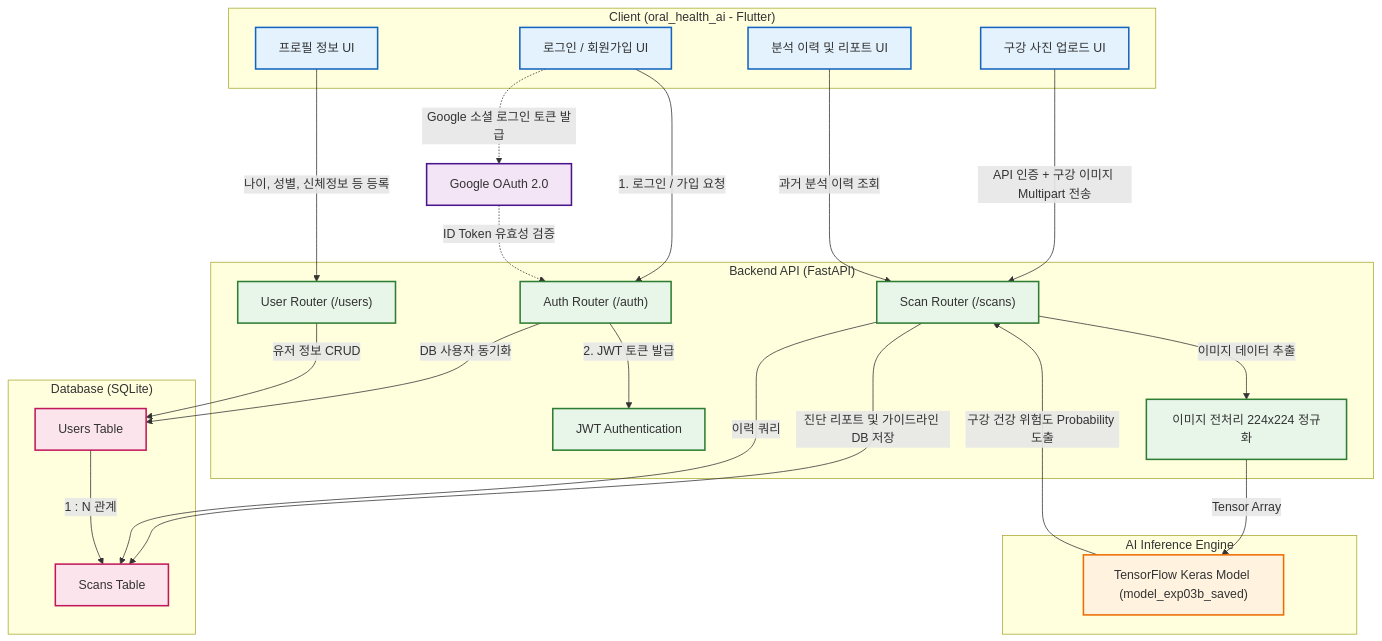
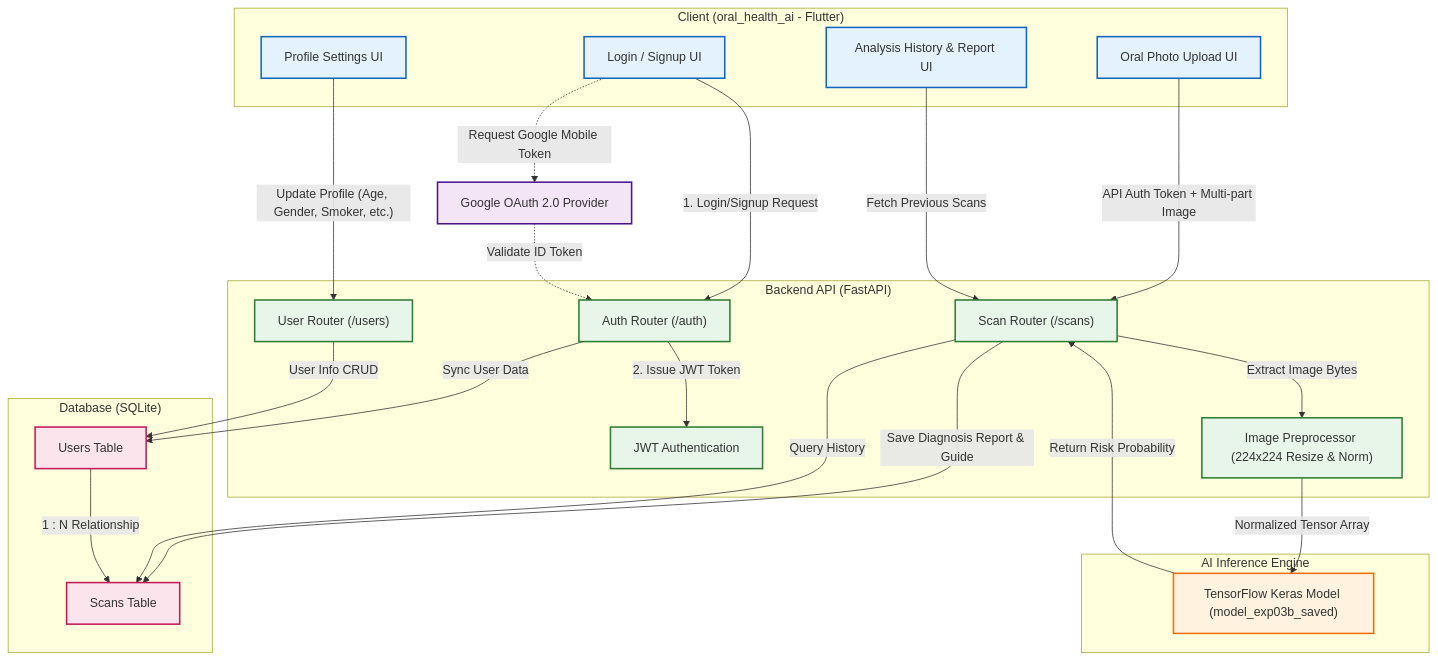
Before and after one commit to sbae56-art/likelion: the diagram in README.md, drawn with Mermaid. The commit also changed other lines of this file, not shown here.

Commit message:
Translate README content from Korean to English

````diff
--- a/README.md
+++ b/README.md
@@ -21,62 +21,62 @@
 ```mermaid
 graph TD
     classDef frontend fill:#E3F2FD,stroke:#1565C0,stroke-width:2px;
     classDef backend fill:#E8F5E9,stroke:#2E7D32,stroke-width:2px;
     classDef ai fill:#FFF3E0,stroke:#EF6C00,stroke-width:2px;
     classDef db fill:#FCE4EC,stroke:#C2185B,stroke-width:2px;
     classDef auth fill:#F3E5F5,stroke:#4A148C,stroke-width:2px;
 
     %% Client Side
     subgraph Client ["Client (oral_health_ai - Flutter)"]
-        UI_Auth["로그인 / 회원가입 UI"]:::frontend
-        UI_Profile["프로필 정보 UI"]:::frontend
-        UI_Scan["구강 사진 업로드 UI"]:::frontend
-        UI_History["분석 이력 및 리포트 UI"]:::frontend
+        UI_Auth["Login / Signup UI"]:::frontend
+        UI_Profile["Profile Settings UI"]:::frontend
+        UI_Scan["Oral Photo Upload UI"]:::frontend
+        UI_History["Analysis History & Report UI"]:::frontend
     end
 
     %% External Auth
-    GoogleAuth["Google OAuth 2.0"]:::auth
+    GoogleAuth["Google OAuth 2.0 Provider"]:::auth
 
     %% Server Side
     subgraph Backend ["Backend API (FastAPI)"]
         Router_Auth["Auth Router (/auth)"]:::backend
         Router_User["User Router (/users)"]:::backend
         Router_Scan["Scan Router (/scans)"]:::backend
         
         JWT["JWT Authentication"]:::backend
-        Preprocess["이미지 전처리 224x224 정규화"]:::backend
+        Preprocess["Image Preprocessor (224x224 Resize & Norm)"]:::backend
     end
 
     %% TF Model
     subgraph AIModel ["AI Inference Engine"]
         TF["TensorFlow Keras Model (model_exp03b_saved)"]:::ai
     end
 
     %% Database
     subgraph DB_Layer ["Database (SQLite)"]
         T_Users["Users Table"]:::db
         T_Scans["Scans Table"]:::db
     end
 
     %% Connections - Auth
-    UI_Auth -->|"1. 로그인 / 가입 요청"| Router_Auth
-    UI_Auth -.->|"Google 소셜 로그인 토큰 발급"| GoogleAuth
-    GoogleAuth -.->|"ID Token 유효성 검증"| Router_Auth
-    Router_Auth -->|"2. JWT 토큰 발급"| JWT
-    Router_Auth -->|"DB 사용자 동기화"| T_Users
+    UI_Auth -->|"1. Login/Signup Request"| Router_Auth
+    UI_Auth -.->|"Request Google Mobile Token"| GoogleAuth
+    GoogleAuth -.->|"Validate ID Token"| Router_Auth
+    Router_Auth -->|"2. Issue JWT Token"| JWT
+    Router_Auth -->|"Sync User Data"| T_Users
     
     %% Connections - Application Flow
-    UI_Profile -->|"나이, 성별, 신체정보 등 등록"| Router_User
-    Router_User -->|"유저 정보 CRUD"| T_Users
+    UI_Profile -->|"Update Profile (Age, Gender, Smoker, etc.)"| Router_User
+    Router_User -->|"User Info CRUD"| T_Users
     
-    UI_Scan -->|"API 인증 + 구강 이미지 Multipart 전송"| Router_Scan
-    Router_Scan -->|"이미지 데이터 추출"| Preprocess
-    Preprocess -->|"Tensor Array"| TF
-    TF -->|"구강 건강 위험도 Probability 도출"| Router_Scan
-    Router_Scan -->|"진단 리포트 및 가이드라인 DB 저장"| T_Scans
+    UI_Scan -->|"API Auth Token + Multi-part Image"| Router_Scan
+    Router_Scan -->|"Extract Image Bytes"| Preprocess
+    Preprocess -->|"Normalized Tensor Array"| TF
+    TF -->|"Return Risk Probability"| Router_Scan
+    Router_Scan -->|"Save Diagnosis Report & Guide"| T_Scans
     
-    UI_History -->|"과거 분석 이력 조회"| Router_Scan
-    Router_Scan -->|"이력 쿼리"| T_Scans
+    UI_History -->|"Fetch Previous Scans"| Router_Scan
+    Router_Scan -->|"Query History"| T_Scans
     
-    T_Users -->|"1 : N 관계"| T_Scans
+    T_Users -->|"1 : N Relationship"| T_Scans
 ```
````
